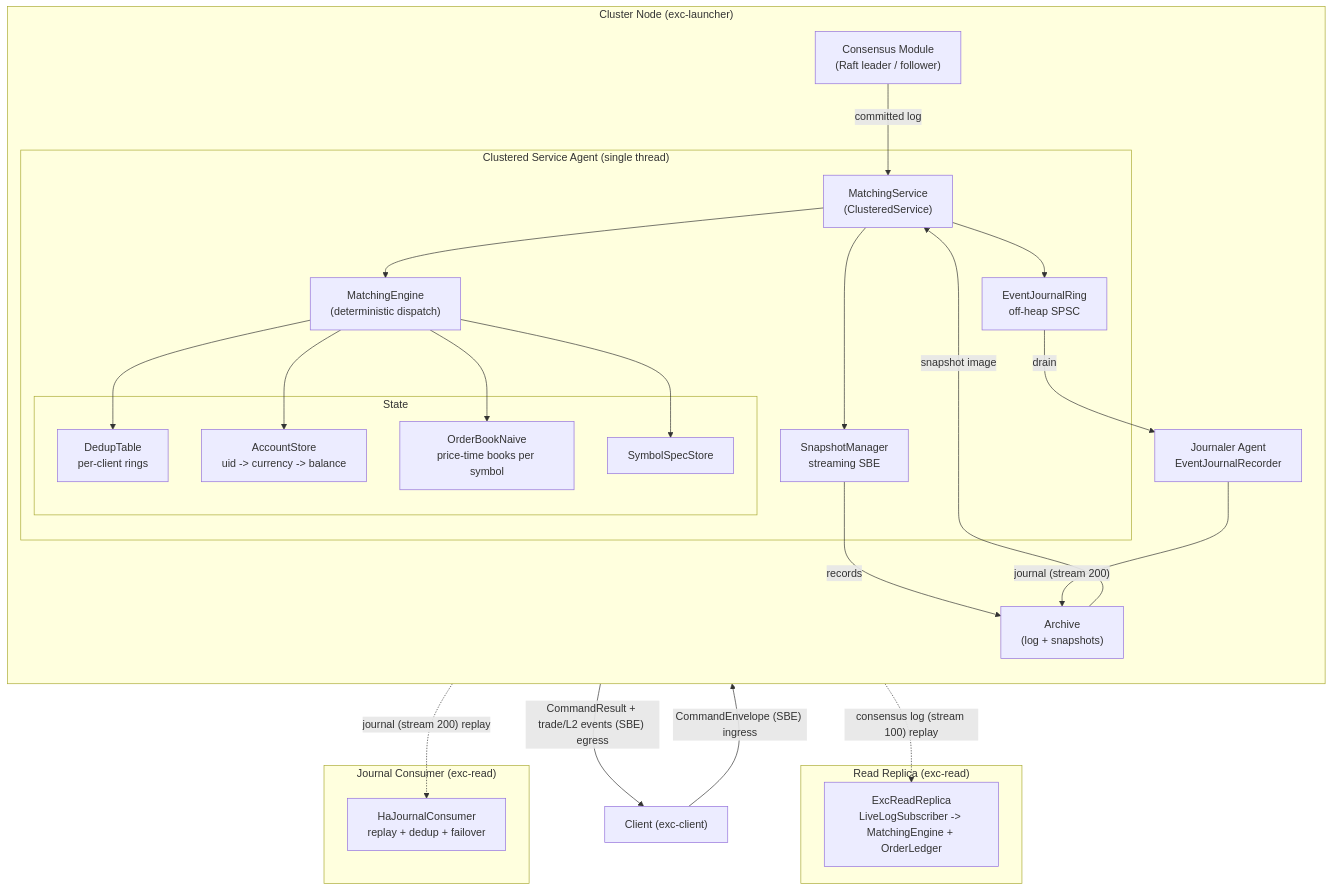
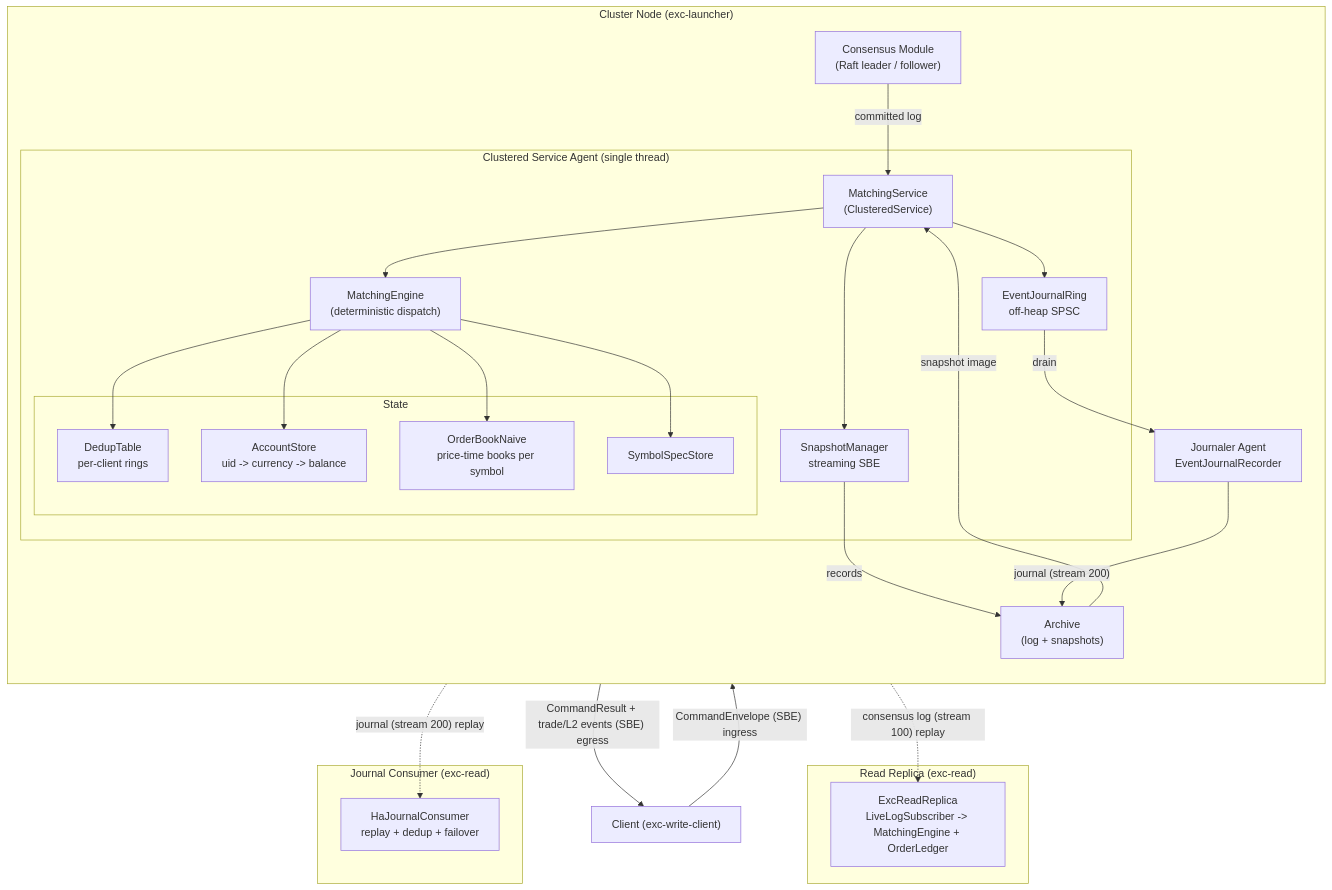
Before and after one commit to brianpht/excoredum: the diagram in README.md, drawn with Mermaid. The commit also changed other lines of this file and 60 other files, not shown here.

First line of the commit message:
feat: Introduce write client module with order book and event listeners

````diff
--- a/README.md
+++ b/README.md
@@ -316,44 +317,44 @@
 ```mermaid
 flowchart TB
     subgraph NODE["Cluster Node (exc-launcher)"]
         direction TB
         CM["Consensus Module\n(Raft leader / follower)"]
         AR["Archive\n(log + snapshots)"]
         subgraph SC["Clustered Service Agent (single thread)"]
             MS["MatchingService\n(ClusteredService)"]
             ME["MatchingEngine\n(deterministic dispatch)"]
             subgraph STATE["State"]
                 DT["DedupTable\nper-client rings"]
                 AC["AccountStore\nuid -> currency -> balance"]
                 OB["OrderBookNaive\nprice-time books per symbol"]
                 SY["SymbolSpecStore"]
             end
             SM["SnapshotManager\nstreaming SBE"]
             RING["EventJournalRing\noff-heap SPSC"]
             MS --> ME --> DT
             ME --> AC
             ME --> OB
             ME --> SY
             MS --> SM
             MS --> RING
         end
         JR["Journaler Agent\nEventJournalRecorder"]
         CM -->|" committed log "| MS
         SM -->|" records "| AR
         AR -->|" snapshot image "| MS
         RING -->|" drain "| JR
         JR -->|" journal (stream 200) "| AR
     end
 
-    GW["Client (exc-client)"] -->|" CommandEnvelope (SBE) ingress "| CM
+    GW["Client (exc-write-client)"] -->|" CommandEnvelope (SBE) ingress "| CM
     MS -->|" CommandResult + trade/L2 events (SBE) egress "| GW
 
     subgraph READ["Read Replica (exc-read)"]
         RR["ExcReadReplica\nLiveLogSubscriber -> MatchingEngine + OrderLedger"]
     end
     subgraph JCON["Journal Consumer (exc-read)"]
         HJC["HaJournalConsumer\nreplay + dedup + failover"]
     end
     AR -.->|" consensus log (stream 100) replay "| RR
     AR -.->|" journal (stream 200) replay "| HJC
 ```
````
